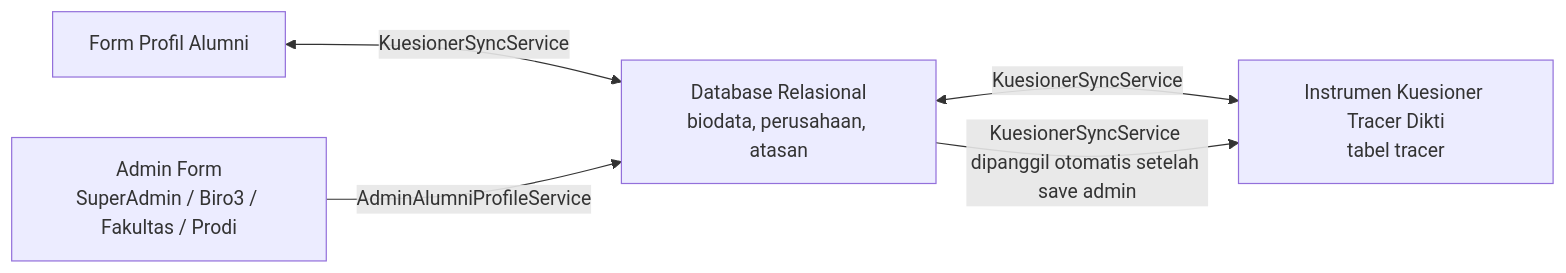
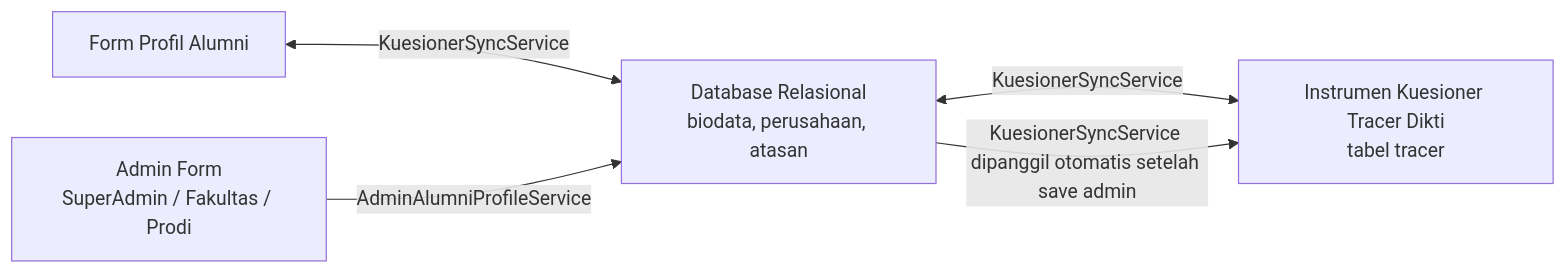
The diagram in DAFTAR_PERTANYAAN_MAPPING.md (claraanjelitakd/tracer-ta), drawn with Mermaid before and after one commit. The commit also changed other lines of this file and 54 other files, not shown here.

````diff
--- a/DAFTAR_PERTANYAAN_MAPPING.md
+++ b/DAFTAR_PERTANYAAN_MAPPING.md
@@ -110,7 +110,7 @@
 ```mermaid
 graph LR
     A[Form Profil Alumni] <-->|KuesionerSyncService| B[Database Relasional<br/>biodata, perusahaan, atasan]
     B <-->|KuesionerSyncService| C[Instrumen Kuesioner Tracer Dikti<br/>tabel tracer]
-    D[Admin Form<br/>SuperAdmin / Biro3 / Fakultas / Prodi] -->|AdminAlumniProfileService| B
+    D[Admin Form<br/>SuperAdmin / Fakultas / Prodi] -->|AdminAlumniProfileService| B
     B -->|KuesionerSyncService dipanggil otomatis setelah save admin| C
 ```
````
